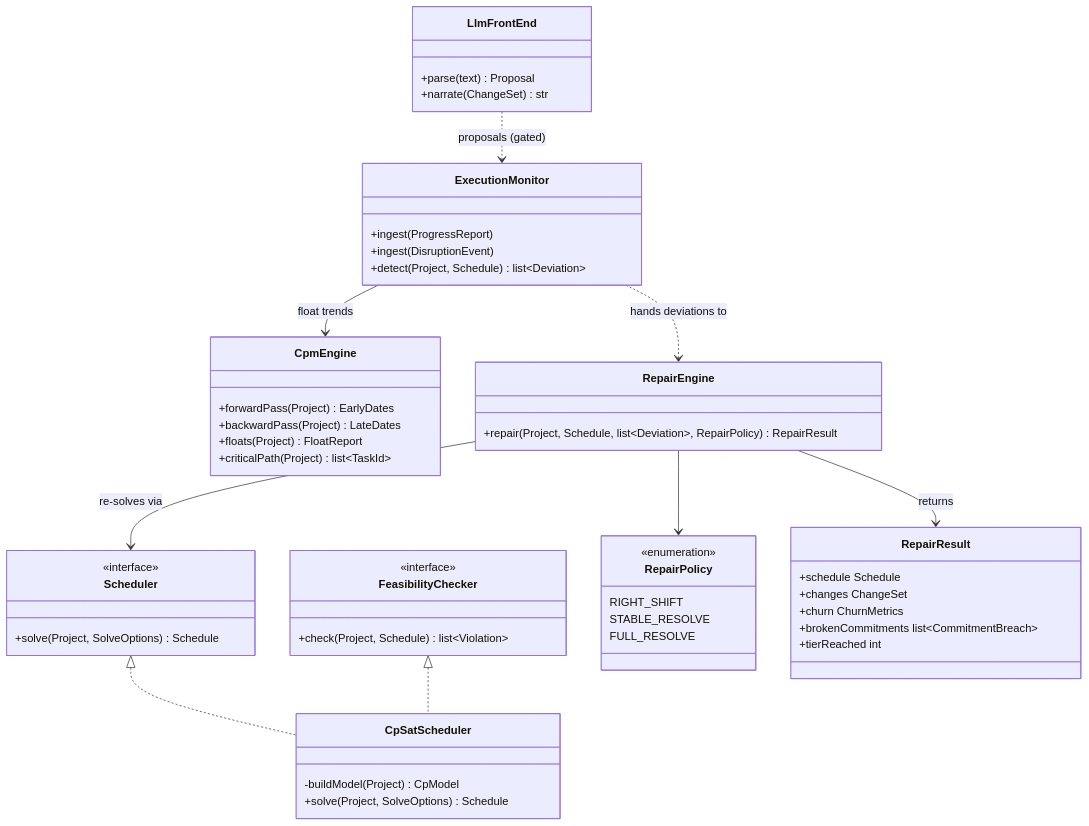
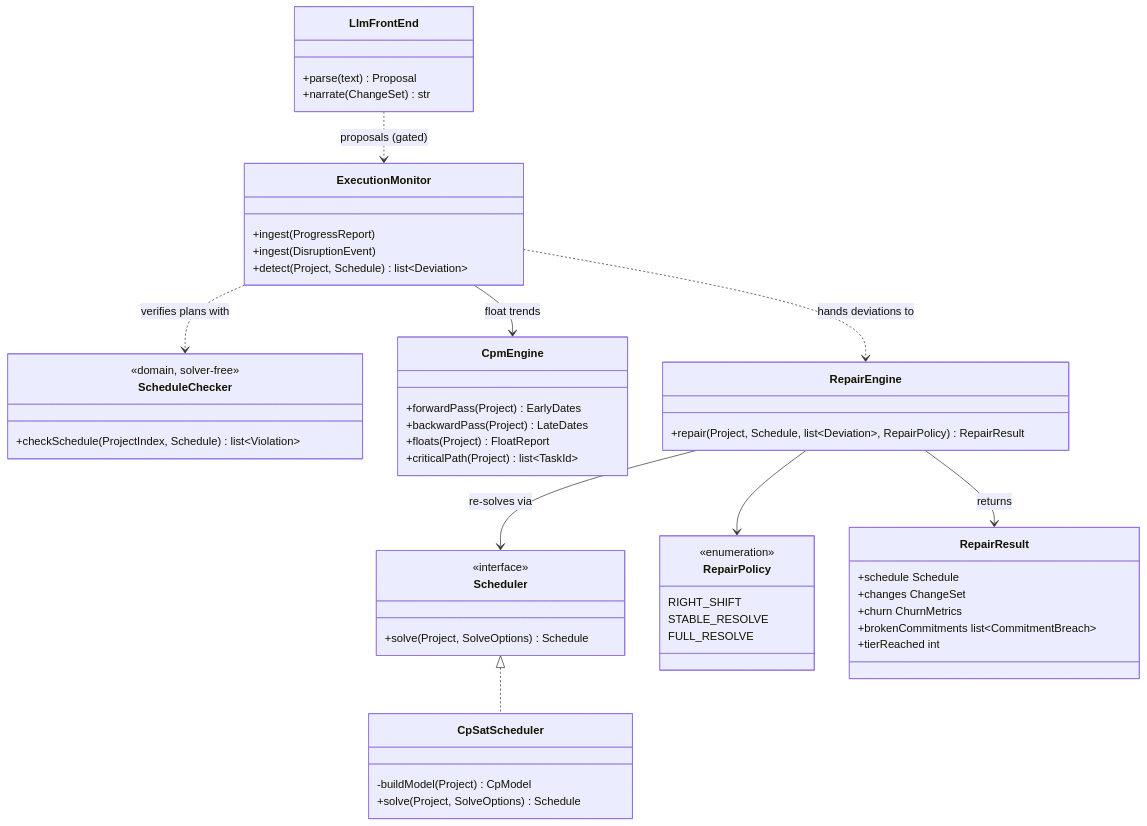
One commit to Karl-Keller/planREplan changed the second of 2 diagrams in docs/02-architecture.md. Above: the diagram before and after it, drawn with Mermaid. The commit also changed other lines of this file and 7 other files, not shown here.

````diff
--- a/docs/02-architecture.md
+++ b/docs/02-architecture.md
@@ -45,55 +47,55 @@
 ```mermaid
 classDiagram
   direction TB
   class Scheduler {
     <<interface>>
     +solve(Project, SolveOptions) Schedule
   }
-  class FeasibilityChecker {
-    <<interface>>
-    +check(Project, Schedule) list~Violation~
+  class ScheduleChecker {
+    <<domain, solver-free>>
+    +checkSchedule(ProjectIndex, Schedule) list~Violation~
   }
   class CpSatScheduler {
     -buildModel(Project) CpModel
     +solve(Project, SolveOptions) Schedule
   }
   class CpmEngine {
     +forwardPass(Project) EarlyDates
     +backwardPass(Project) LateDates
     +floats(Project) FloatReport
     +criticalPath(Project) list~TaskId~
   }
   class ExecutionMonitor {
     +ingest(ProgressReport)
     +ingest(DisruptionEvent)
     +detect(Project, Schedule) list~Deviation~
   }
   class RepairEngine {
     +repair(Project, Schedule, list~Deviation~, RepairPolicy) RepairResult
   }
   class RepairPolicy {
     <<enumeration>>
     RIGHT_SHIFT
     STABLE_RESOLVE
     FULL_RESOLVE
   }
   class RepairResult {
     +schedule Schedule
     +changes ChangeSet
     +churn ChurnMetrics
     +brokenCommitments list~CommitmentBreach~
     +tierReached int
   }
   class LlmFrontEnd {
     +parse(text) Proposal
     +narrate(ChangeSet) str
   }
   Scheduler <|.. CpSatScheduler
-  FeasibilityChecker <|.. CpSatScheduler
+  ExecutionMonitor ..> ScheduleChecker : verifies plans with
   RepairEngine --> Scheduler : re-solves via
   RepairEngine --> RepairPolicy
   RepairEngine --> RepairResult : returns
   ExecutionMonitor --> CpmEngine : float trends
   ExecutionMonitor ..> RepairEngine : hands deviations to
   LlmFrontEnd ..> ExecutionMonitor : proposals (gated)
 ```
````
